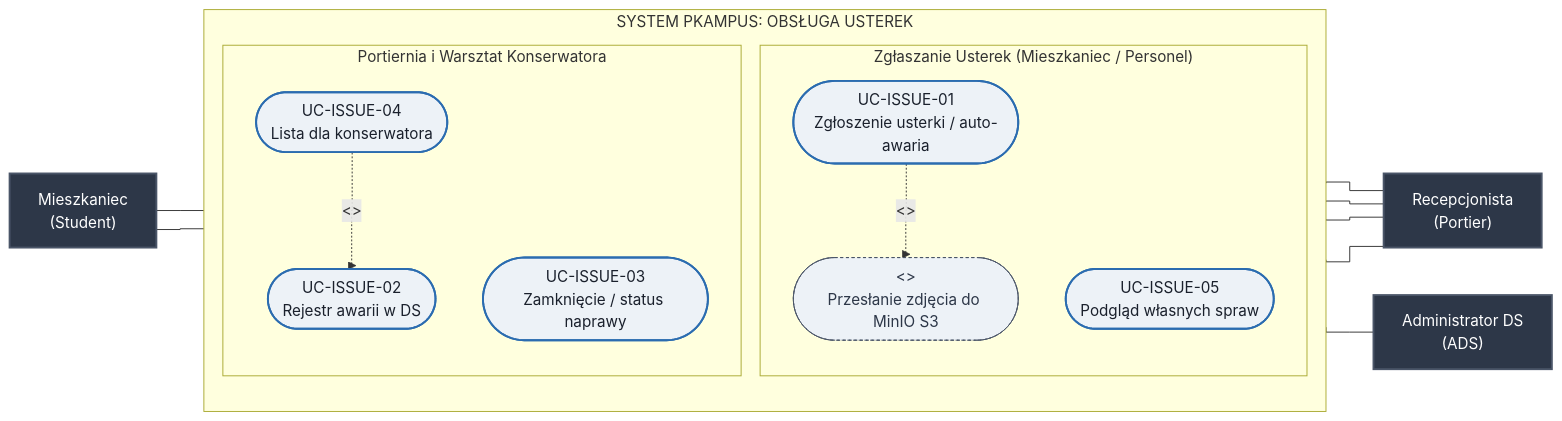
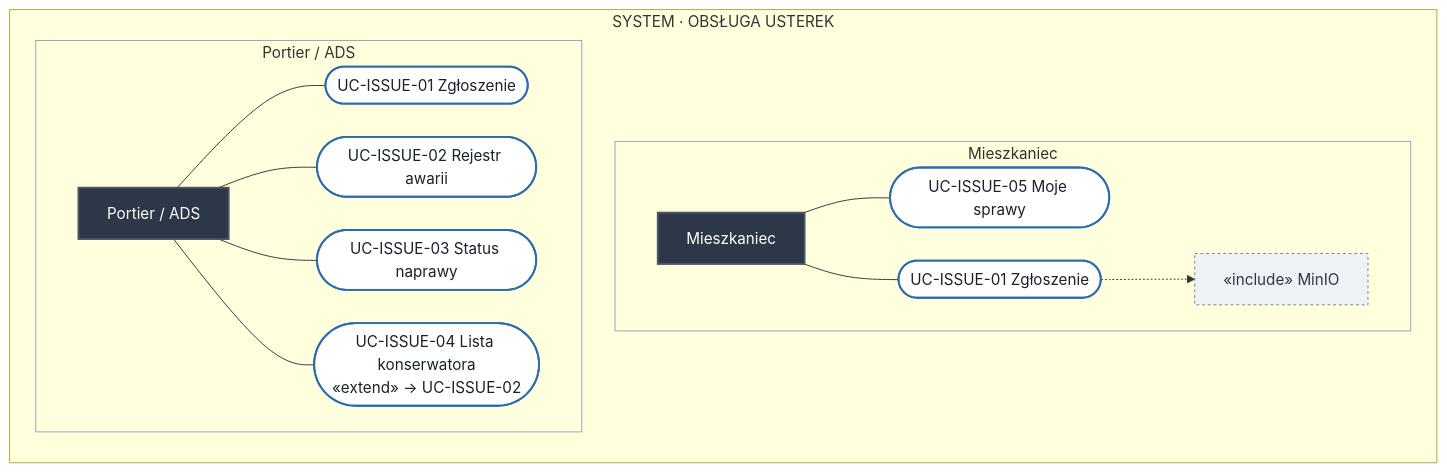
The sixth of 9 diagrams in Docs/Diagramy_Przypadkow_Uzycia.md (Buczy8/PKampus), drawn with Mermaid before and after one commit. The commit also changed other lines of this file and 7 other files, not shown here.

````diff
--- a/Docs/Diagramy_Przypadkow_Uzycia.md
+++ b/Docs/Diagramy_Przypadkow_Uzycia.md
@@ -237,43 +224,31 @@
 ```mermaid
-%%{init: {'flowchart': {'curve': 'stepBefore'}}}%%
-flowchart LR
-    classDef studentStyle fill:#2d3748,stroke:#4a5568,stroke-width:2px,color:#fff;
-    classDef staffStyle fill:#2d3748,stroke:#4a5568,stroke-width:2px,color:#fff;
-    classDef ucStyle fill:#edf2f7,stroke:#2b6cb0,stroke-width:2px,color:#1a202c;
-    classDef subUcStyle fill:#edf2f7,stroke:#4a5568,stroke-width:1px,stroke-dasharray: 3 3,color:#2d3748;
+%%{init: {'flowchart': {'curve': 'basis', 'nodeSpacing': 35, 'rankSpacing': 40}}}%%
+flowchart TB
+    classDef actor fill:#2d3748,stroke:#4a5568,stroke-width:2px,color:#fff;
+    classDef uc fill:#fff,stroke:#2b6cb0,stroke-width:2px,color:#1a202c;
+    classDef inc fill:#edf2f7,stroke:#718096,stroke-width:1px,stroke-dasharray:3 3,color:#2d3748;
+    classDef sys fill:#1a365d,stroke:#2b6cb0,stroke-width:2px,color:#fff;
+    classDef abs fill:#4a5568,stroke:#718096,stroke-width:2px,color:#fff,stroke-dasharray:4 4;
+    classDef lane fill:transparent,stroke:#cbd5e1,stroke-width:1px,color:#64748b;
+    subgraph ISS["SYSTEM · OBSŁUGA USTEREK"]
+        direction TB
 
-    Student["Mieszkaniec<br/>(Student)"]:::studentStyle
-
-    subgraph System_Issues ["SYSTEM PKAMPUS: OBSŁUGA USTEREK"]
-        direction TB
-        subgraph Strefa_Zgloszen ["Zgłaszanie Usterek (Mieszkaniec / Personel)"]
-            UC_ISSUE_01(["UC-ISSUE-01<br/>Zgłoszenie usterki / auto-awaria"]):::ucStyle
-            UC_INC_PHOTO(["<<include>><br/>Przesłanie zdjęcia do MinIO S3"]):::subUcStyle
-            UC_ISSUE_05(["UC-ISSUE-05<br/>Podgląd własnych spraw"]):::ucStyle
-
-            UC_ISSUE_01 -.->|"<<include>>"| UC_INC_PHOTO
+        subgraph L1["Mieszkaniec"]
+            direction LR
+            S["Mieszkaniec"]:::actor --- U05(["UC-ISSUE-05 Moje sprawy"]):::uc
+            S --- U01(["UC-ISSUE-01 Zgłoszenie"]):::uc
+            U01 -.-> I01["«include» MinIO"]:::inc
         end
 
-        subgraph Strefa_Warsztatu ["Portiernia i Warsztat Konserwatora"]
-            UC_ISSUE_02(["UC-ISSUE-02<br/>Rejestr awarii w DS"]):::ucStyle
-            UC_ISSUE_03(["UC-ISSUE-03<br/>Zamknięcie / status naprawy"]):::ucStyle
-            UC_ISSUE_04(["UC-ISSUE-04<br/>Lista dla konserwatora"]):::ucStyle
-
-            UC_ISSUE_04 -.->|"<<extend>>"| UC_ISSUE_02
+        subgraph L2["Portier / ADS"]
+            direction LR
+            St["Portier / ADS"]:::actor --- U01b(["UC-ISSUE-01 Zgłoszenie"]):::uc
+            St --- U02(["UC-ISSUE-02 Rejestr awarii"]):::uc
+            St --- U03(["UC-ISSUE-03 Status naprawy"]):::uc
+            St --- U04(["UC-ISSUE-04 Lista konserwatora<br/>«extend» → UC-ISSUE-02"]):::uc
         end
     end
 
-    Portier["Recepcjonista<br/>(Portier)"]:::staffStyle
-    AdminDS["Administrator DS<br/>(ADS)"]:::staffStyle
-
-    %% Relacje mieszkańca po lewej stronie
-    Student --- UC_ISSUE_01
-    Student --- UC_ISSUE_05
-
-    %% Relacje personelu po prawej stronie (warsztat oraz zgłaszanie awarii części wspólnych / auto-zgłoszenie)
-    UC_ISSUE_01 --- Portier
-    UC_ISSUE_01 --- AdminDS
-    UC_ISSUE_02 --- Portier
-    UC_ISSUE_03 --- Portier
-    UC_ISSUE_04 --- Portier
+    style L1 fill:transparent,stroke:#94a3b8
+    style L2 fill:transparent,stroke:#94a3b8
 ```
````
